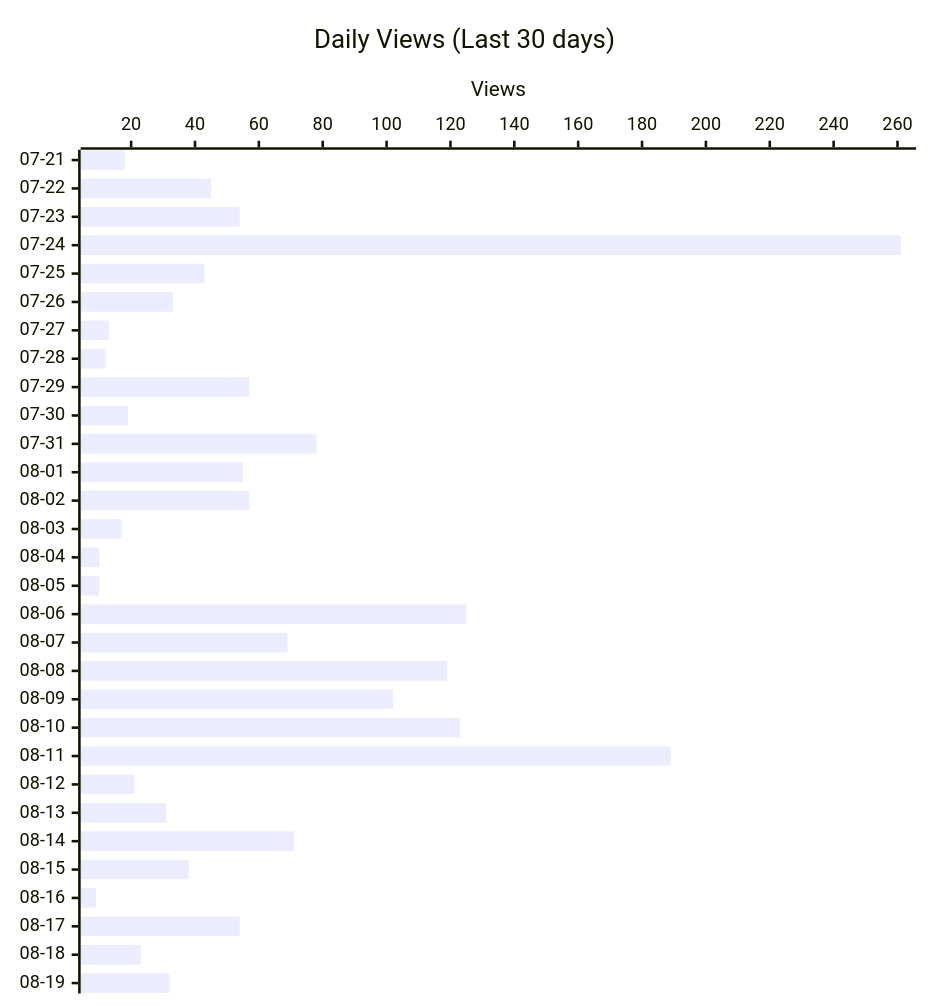
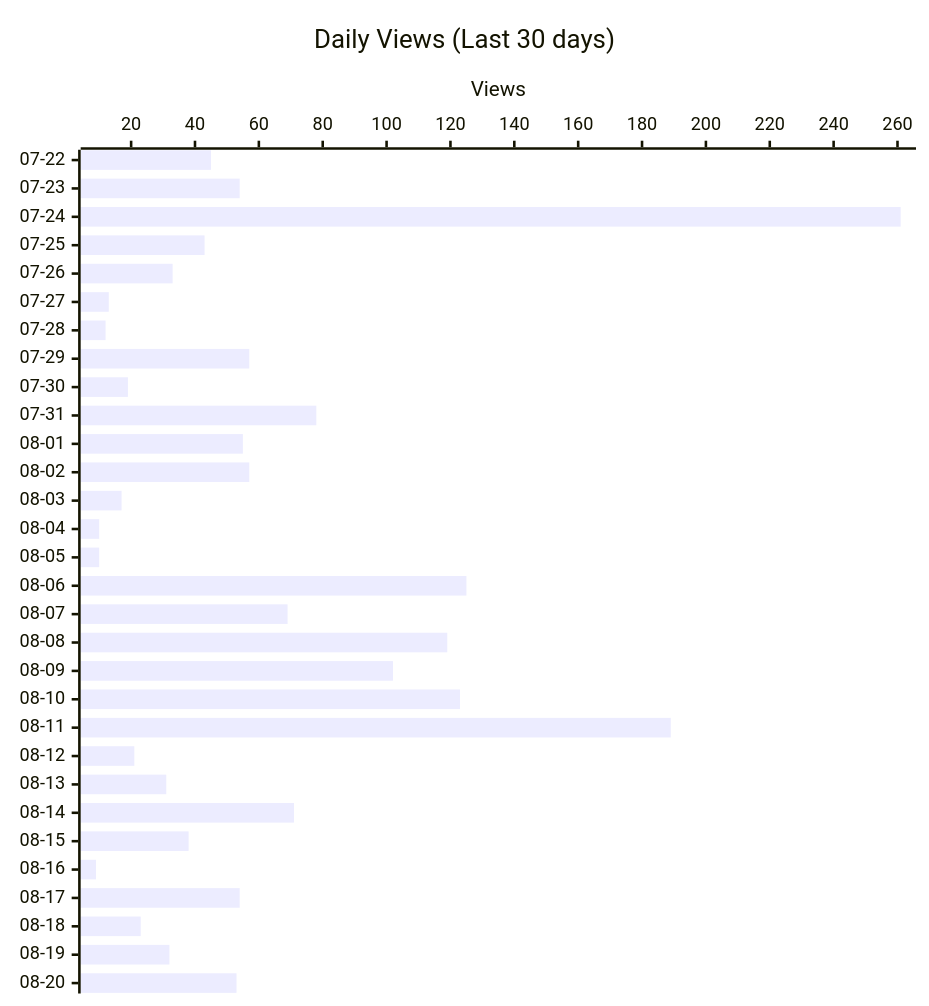
Before and after one commit to shigechika/github-insights: the second of 4 diagrams in README.md, drawn with Mermaid. The commit also changed other lines of this file and 2 other files, not shown here.

````diff
--- a/README.md
+++ b/README.md
@@ -28,12 +28,12 @@
 ```mermaid
 ---
 config:
   xyChart:
     height: 760
 ---
 xychart-beta horizontal
     title "Daily Views (Last 30 days)"
-    x-axis ["07-21", "07-22", "07-23", "07-24", "07-25", "07-26", "07-27", "07-28", "07-29", "07-30", "07-31", "08-01", "08-02", "08-03", "08-04", "08-05", "08-06", "08-07", "08-08", "08-09", "08-10", "08-11", "08-12", "08-13", "08-14", "08-15", "08-16", "08-17", "08-18", "08-19"]
+    x-axis ["07-22", "07-23", "07-24", "07-25", "07-26", "07-27", "07-28", "07-29", "07-30", "07-31", "08-01", "08-02", "08-03", "08-04", "08-05", "08-06", "08-07", "08-08", "08-09", "08-10", "08-11", "08-12", "08-13", "08-14", "08-15", "08-16", "08-17", "08-18", "08-19", "08-20"]
     y-axis "Views"
-    bar [18, 45, 54, 261, 43, 33, 13, 12, 57, 19, 78, 55, 57, 17, 10, 10, 125, 69, 119, 102, 123, 189, 21, 31, 71, 38, 9, 54, 23, 32]
+    bar [45, 54, 261, 43, 33, 13, 12, 57, 19, 78, 55, 57, 17, 10, 10, 125, 69, 119, 102, 123, 189, 21, 31, 71, 38, 9, 54, 23, 32, 53]
 ```
````
